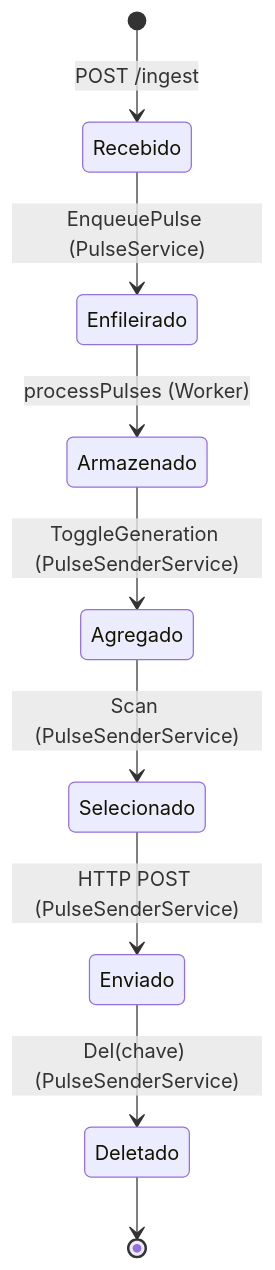
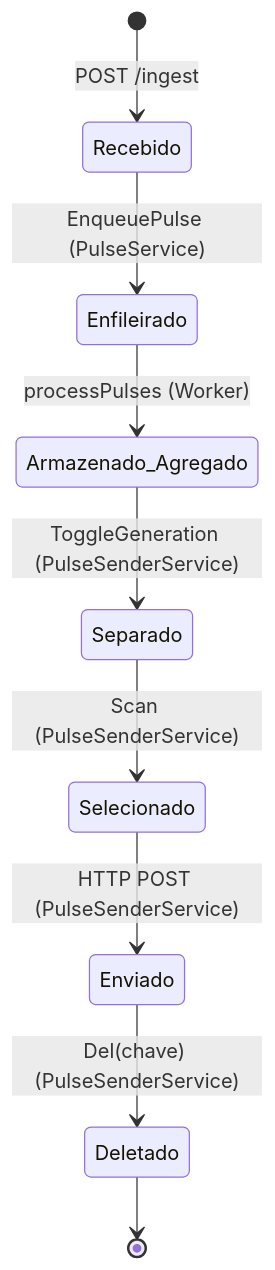
Before and after one commit to ThalysSilva/ingestor-consumo: the fourth of 4 diagrams in README.md, drawn with Mermaid.

Commit message:
fix: correção no diagrama de estados

````diff
--- a/README.md
+++ b/README.md
@@ -363,11 +363,11 @@
 ```mermaid
 stateDiagram-v2
     [*] --> Recebido: POST /ingest
     Recebido --> Enfileirado: EnqueuePulse (PulseService)
-    Enfileirado --> Armazenado: processPulses (Worker)
-    Armazenado --> Agregado: ToggleGeneration (PulseSenderService)
-    Agregado --> Selecionado: Scan (PulseSenderService)
+    Enfileirado --> Armazenado_Agregado: processPulses (Worker)
+    Armazenado_Agregado --> Separado: ToggleGeneration (PulseSenderService)
+    Separado --> Selecionado: Scan (PulseSenderService)
     Selecionado --> Enviado: HTTP POST (PulseSenderService)
     Enviado --> Deletado: Del(chave) (PulseSenderService)
     Deletado --> [*]
 ```
````
